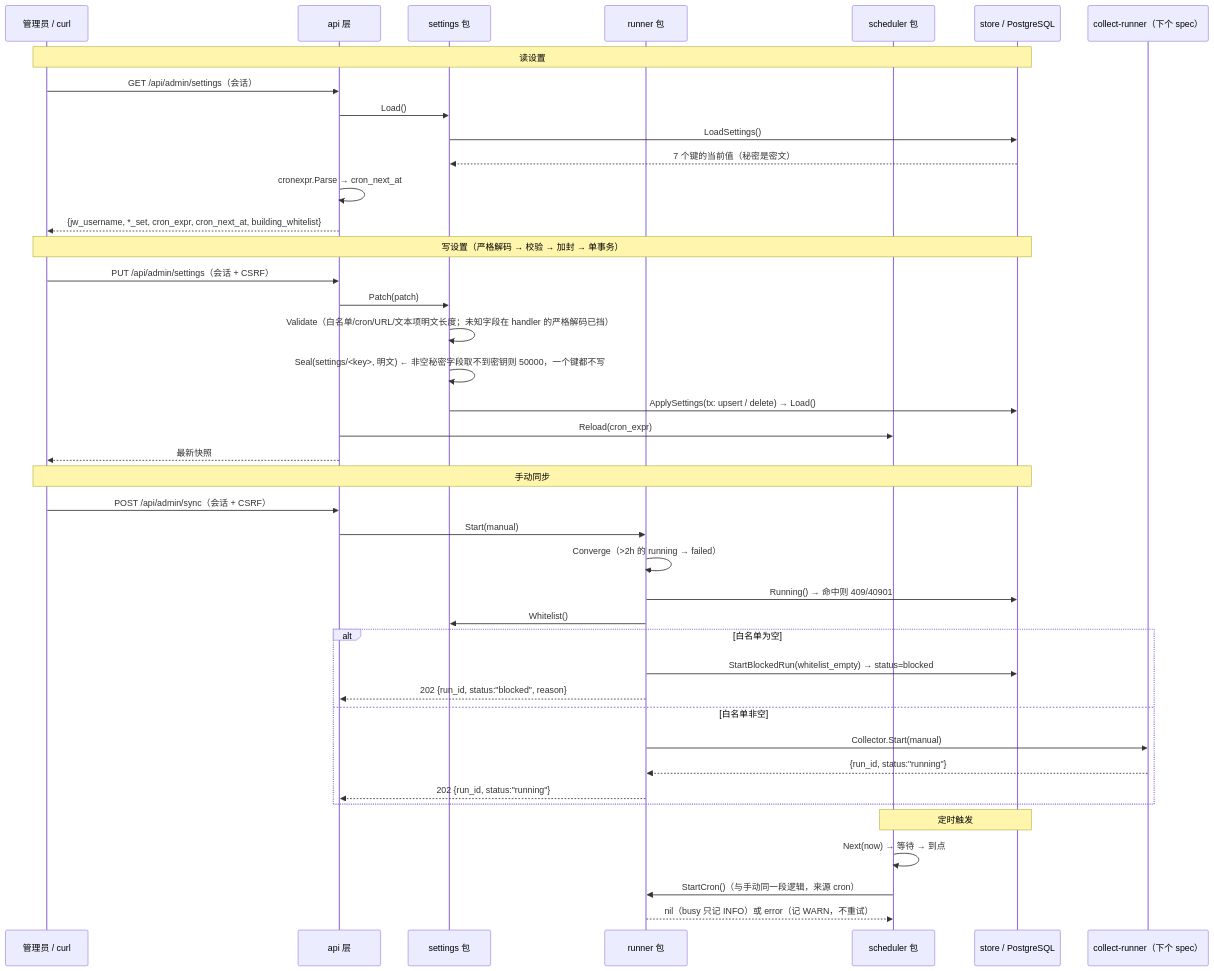
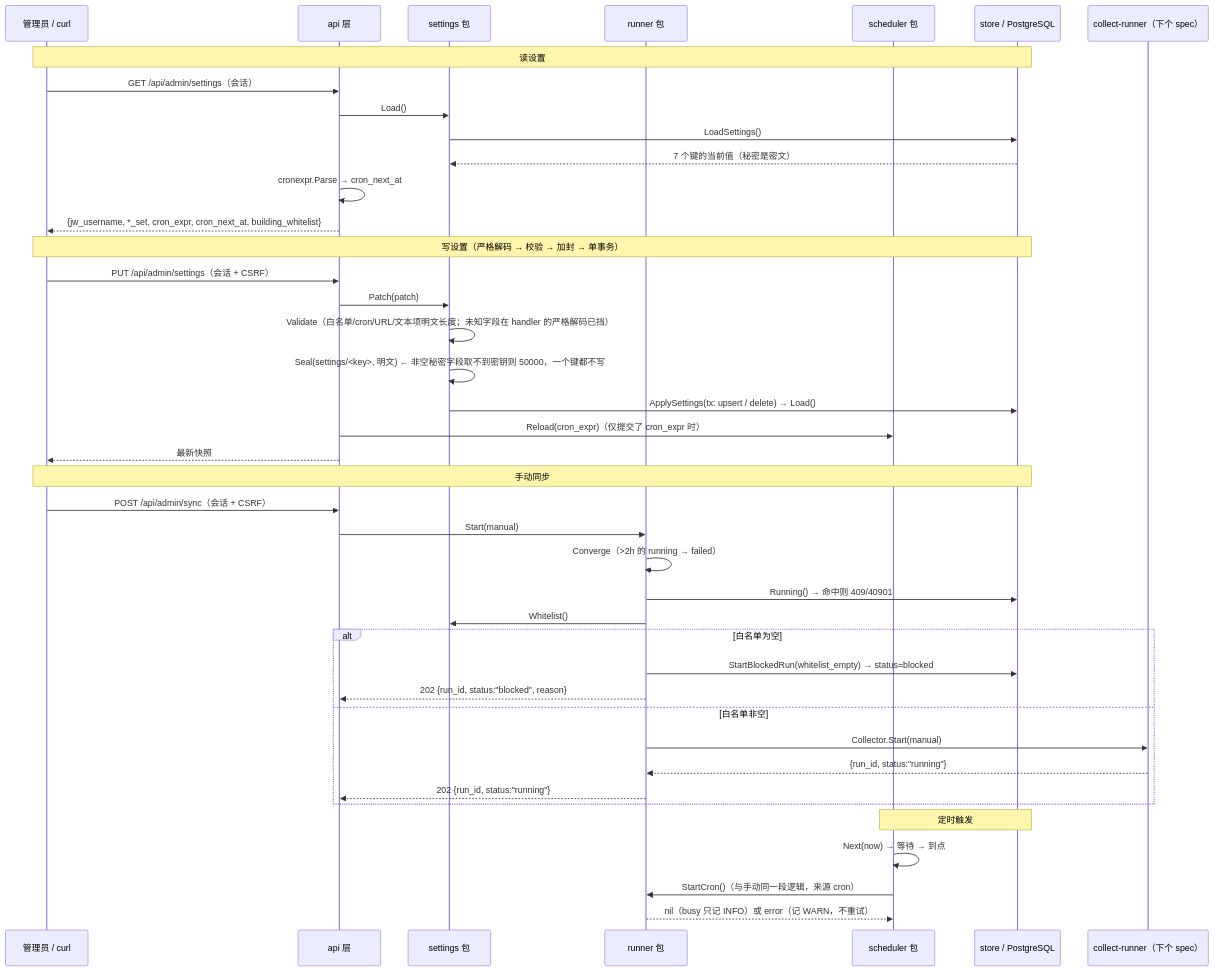
One commit to w1ndys/easy-qfnu-kjs changed the diagram in specs/2026-11-08-admin-settings-sync/design.md. Above: the diagram before and after it, drawn with Mermaid. The commit also changed other lines of this file and 19 other files, not shown here.

````diff
--- a/specs/2026-11-08-admin-settings-sync/design.md
+++ b/specs/2026-11-08-admin-settings-sync/design.md
@@ -35,47 +35,47 @@
 ```mermaid
 sequenceDiagram
     participant AD as 管理员 / curl
     participant API as api 层
     participant SET as settings 包
     participant RUN as runner 包
     participant SCH as scheduler 包
     participant ST as store / PostgreSQL
     participant COL as collect-runner（下个 spec）
 
     Note over AD,ST: 读设置
     AD->>API: GET /api/admin/settings（会话）
     API->>SET: Load()
     SET->>ST: LoadSettings()
     ST-->>SET: 7 个键的当前值（秘密是密文）
     API->>API: cronexpr.Parse → cron_next_at
     API-->>AD: {jw_username, *_set, cron_expr, cron_next_at, building_whitelist}
 
     Note over AD,ST: 写设置（严格解码 → 校验 → 加封 → 单事务）
     AD->>API: PUT /api/admin/settings（会话 + CSRF）
     API->>SET: Patch(patch)
     SET->>SET: Validate（白名单/cron/URL/文本项明文长度；未知字段在 handler 的严格解码已挡）
     SET->>SET: Seal(settings/<key>, 明文)  ← 非空秘密字段取不到密钥则 50000，一个键都不写
     SET->>ST: ApplySettings(tx: upsert / delete) → Load()
-    API->>SCH: Reload(cron_expr)
+    API->>SCH: Reload(cron_expr)（仅提交了 cron_expr 时）
     API-->>AD: 最新快照
 
     Note over AD,ST: 手动同步
     AD->>API: POST /api/admin/sync（会话 + CSRF）
     API->>RUN: Start(manual)
     RUN->>RUN: Converge（>2h 的 running → failed）
     RUN->>ST: Running() → 命中则 409/40901
     RUN->>SET: Whitelist()
     alt 白名单为空
         RUN->>ST: StartBlockedRun(whitelist_empty) → status=blocked
         RUN-->>API: 202 {run_id, status:"blocked", reason}
     else 白名单非空
         RUN->>COL: Collector.Start(manual)
         COL-->>RUN: {run_id, status:"running"}
         RUN-->>API: 202 {run_id, status:"running"}
     end
 
     Note over SCH,ST: 定时触发
     SCH->>SCH: Next(now) → 等待 → 到点
     SCH->>RUN: StartCron()（与手动同一段逻辑，来源 cron）
     RUN-->>SCH: nil（busy 只记 INFO）或 error（记 WARN，不重试）
 ```
````
